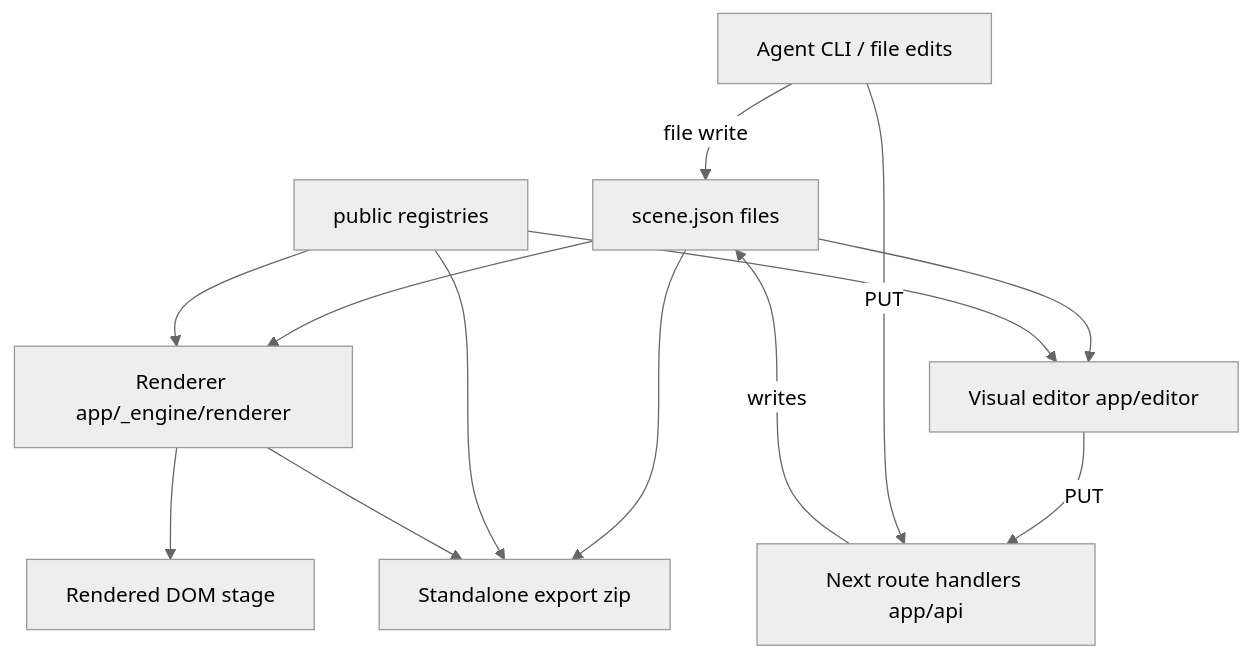
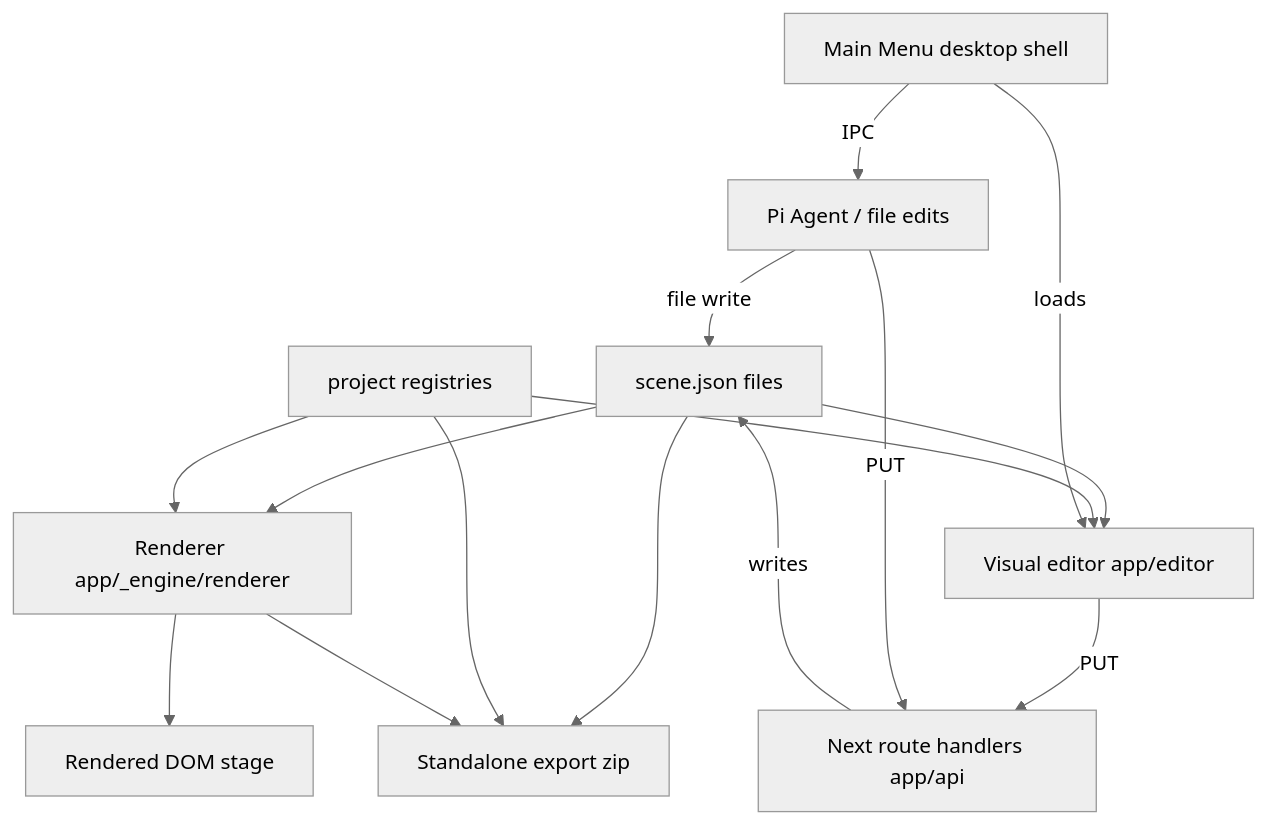
The diagram in docs/scene-engine/20-implementation/00-overview.md (Codecaine-AI/MainMenu), drawn with Mermaid (neutral theme) before and after one commit. The commit also changed other lines of this file and 139 other files, not shown here.

````diff
--- a/docs/scene-engine/20-implementation/00-overview.md
+++ b/docs/scene-engine/20-implementation/00-overview.md
@@ -31,24 +31,27 @@
 ```mermaid
 graph TD
     SJ[scene.json files]
-    AR[public registries]
+    AR[project registries]
     RND[Renderer app/_engine/renderer]
     ED[Visual editor app/editor]
     API[Next route handlers app/api]
-    AGT[Agent CLI / file edits]
+    DESK[Main Menu desktop shell]
+    AGT[Pi Agent / file edits]
     DOM[Rendered DOM stage]
     ZIP[Standalone export zip]
 
     SJ --> RND
     AR --> RND
     RND --> DOM
     SJ --> ED
     AR --> ED
     ED -->|PUT| API
     API -->|writes| SJ
+    DESK -->|loads| ED
+    DESK -->|IPC| AGT
     AGT -->|file write| SJ
     AGT -->|PUT| API
     SJ --> ZIP
     AR --> ZIP
     RND --> ZIP
 ```
````
